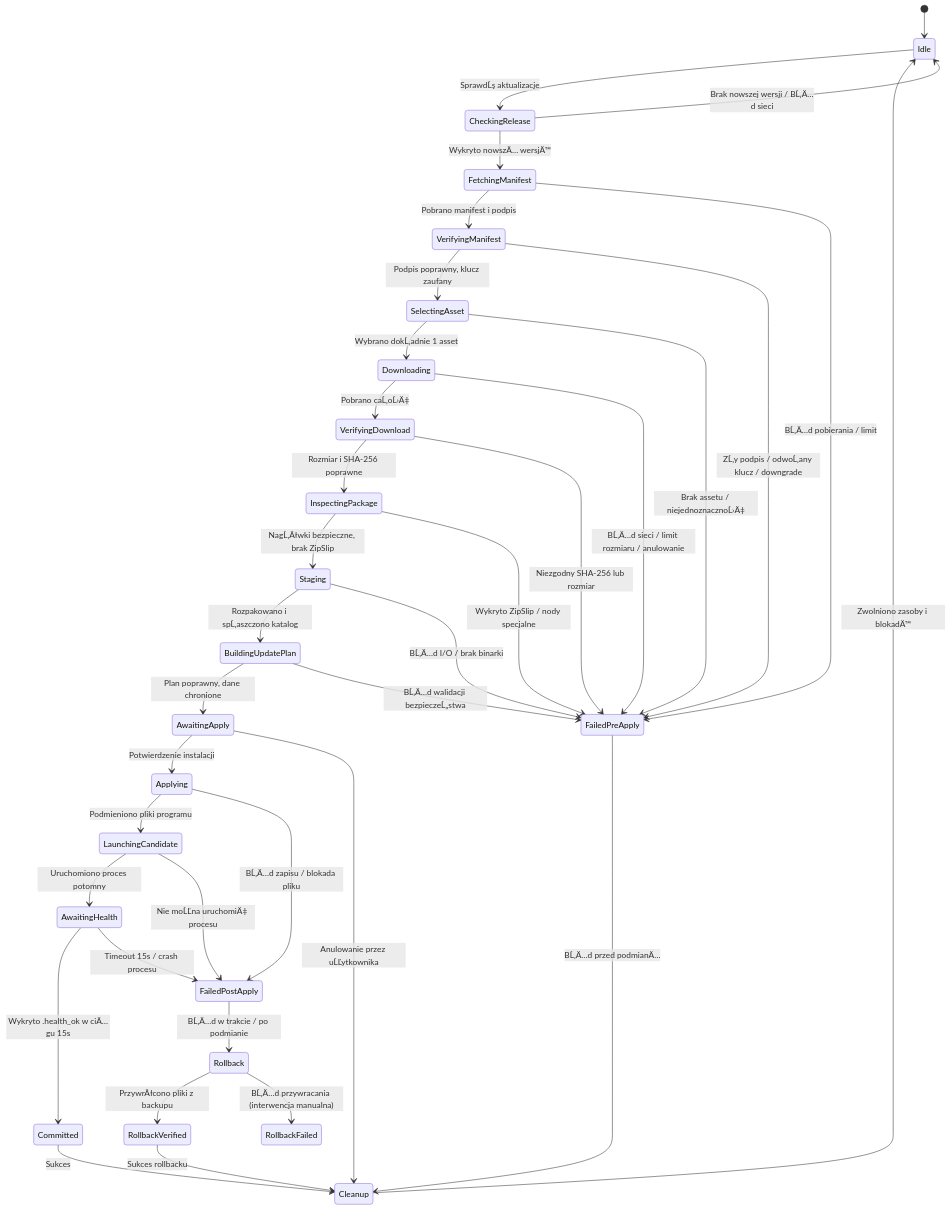
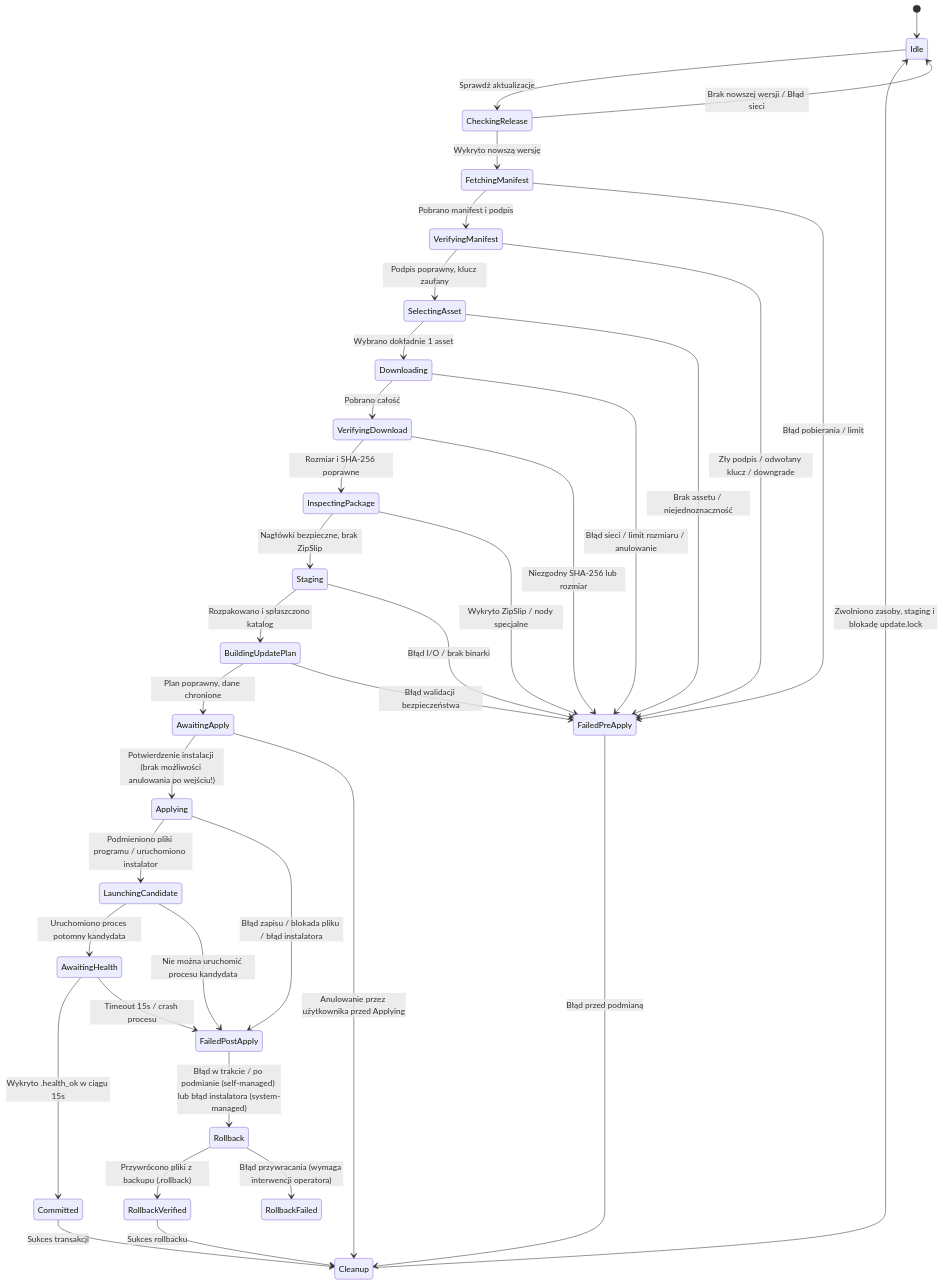
Before and after one commit to sp6ina/SPLogbook: the second of 2 diagrams in DESIGN_3_0_C_PLATFORM_INSTALLERS.md, drawn with Mermaid. The commit also changed other lines of this file, not shown here.

````diff
--- a/DESIGN_3_0_C_PLATFORM_INSTALLERS.md
+++ b/DESIGN_3_0_C_PLATFORM_INSTALLERS.md
@@ -84,38 +91,38 @@
 ```mermaid
 stateDiagram-v2
     [*] --> Idle
-    Idle --> CheckingRelease : SprawdĹş aktualizacje
-    CheckingRelease --> FetchingManifest : Wykryto nowszÄ… wersjÄ™
-    CheckingRelease --> Idle : Brak nowszej wersji / BĹ‚Ä…d sieci
+    Idle --> CheckingRelease : Sprawdź aktualizacje
+    CheckingRelease --> FetchingManifest : Wykryto nowszą wersję
+    CheckingRelease --> Idle : Brak nowszej wersji / Błąd sieci
     FetchingManifest --> VerifyingManifest : Pobrano manifest i podpis
-    FetchingManifest --> FailedPreApply : BĹ‚Ä…d pobierania / limit
+    FetchingManifest --> FailedPreApply : Błąd pobierania / limit
     VerifyingManifest --> SelectingAsset : Podpis poprawny, klucz zaufany
-    VerifyingManifest --> FailedPreApply : ZĹ‚y podpis / odwoĹ‚any klucz / downgrade
-    SelectingAsset --> Downloading : Wybrano dokĹ‚adnie 1 asset
-    SelectingAsset --> FailedPreApply : Brak assetu / niejednoznacznoĹ›Ä‡
-    Downloading --> VerifyingDownload : Pobrano caĹ‚oĹ›Ä‡
-    Downloading --> FailedPreApply : BĹ‚Ä…d sieci / limit rozmiaru / anulowanie
+    VerifyingManifest --> FailedPreApply : Zły podpis / odwołany klucz / downgrade
+    SelectingAsset --> Downloading : Wybrano dokładnie 1 asset
+    SelectingAsset --> FailedPreApply : Brak assetu / niejednoznaczność
+    Downloading --> VerifyingDownload : Pobrano całość
+    Downloading --> FailedPreApply : Błąd sieci / limit rozmiaru / anulowanie
     VerifyingDownload --> InspectingPackage : Rozmiar i SHA-256 poprawne
     VerifyingDownload --> FailedPreApply : Niezgodny SHA-256 lub rozmiar
-    InspectingPackage --> Staging : NagĹ‚Ăłwki bezpieczne, brak ZipSlip
+    InspectingPackage --> Staging : Nagłówki bezpieczne, brak ZipSlip
     InspectingPackage --> FailedPreApply : Wykryto ZipSlip / nody specjalne
-    Staging --> BuildingUpdatePlan : Rozpakowano i spĹ‚aszczono katalog
-    Staging --> FailedPreApply : BĹ‚Ä…d I/O / brak binarki
+    Staging --> BuildingUpdatePlan : Rozpakowano i spłaszczono katalog
+    Staging --> FailedPreApply : Błąd I/O / brak binarki
     BuildingUpdatePlan --> AwaitingApply : Plan poprawny, dane chronione
-    BuildingUpdatePlan --> FailedPreApply : BĹ‚Ä…d walidacji bezpieczeĹ„stwa
-    AwaitingApply --> Applying : Potwierdzenie instalacji
-    AwaitingApply --> Cleanup : Anulowanie przez uĹĽytkownika
-    Applying --> LaunchingCandidate : Podmieniono pliki programu
-    Applying --> FailedPostApply : BĹ‚Ä…d zapisu / blokada pliku
-    LaunchingCandidate --> AwaitingHealth : Uruchomiono proces potomny
-    LaunchingCandidate --> FailedPostApply : Nie moĹĽna uruchomiÄ‡ procesu
-    AwaitingHealth --> Committed : Wykryto .health_ok w ciÄ…gu 15s
+    BuildingUpdatePlan --> FailedPreApply : Błąd walidacji bezpieczeństwa
+    AwaitingApply --> Applying : Potwierdzenie instalacji (brak możliwości anulowania po wejściu!)
+    AwaitingApply --> Cleanup : Anulowanie przez użytkownika przed Applying
+    Applying --> LaunchingCandidate : Podmieniono pliki programu / uruchomiono instalator
+    Applying --> FailedPostApply : Błąd zapisu / blokada pliku / błąd instalatora
+    LaunchingCandidate --> AwaitingHealth : Uruchomiono proces potomny kandydata
+    LaunchingCandidate --> FailedPostApply : Nie można uruchomić procesu kandydata
+    AwaitingHealth --> Committed : Wykryto .health_ok w ciągu 15s
     AwaitingHealth --> FailedPostApply : Timeout 15s / crash procesu
-    Committed --> Cleanup : Sukces
-    FailedPreApply --> Cleanup : BĹ‚Ä…d przed podmianÄ…
-    FailedPostApply --> Rollback : BĹ‚Ä…d w trakcie / po podmianie
-    Rollback --> RollbackVerified : PrzywrĂłcono pliki z backupu
-    Rollback --> RollbackFailed : BĹ‚Ä…d przywracania (interwencja manualna)
+    Committed --> Cleanup : Sukces transakcji
+    FailedPreApply --> Cleanup : Błąd przed podmianą
+    FailedPostApply --> Rollback : Błąd w trakcie / po podmianie (self-managed) lub błąd instalatora (system-managed)
+    Rollback --> RollbackVerified : Przywrócono pliki z backupu (.rollback)
+    Rollback --> RollbackFailed : Błąd przywracania (wymaga interwencji operatora)
     RollbackVerified --> Cleanup : Sukces rollbacku
-    Cleanup --> Idle : Zwolniono zasoby i blokadÄ™
+    Cleanup --> Idle : Zwolniono zasoby, staging i blokadę update.lock
 ```
````
